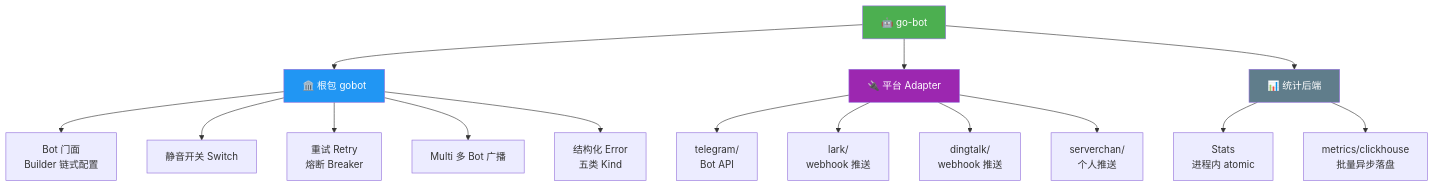
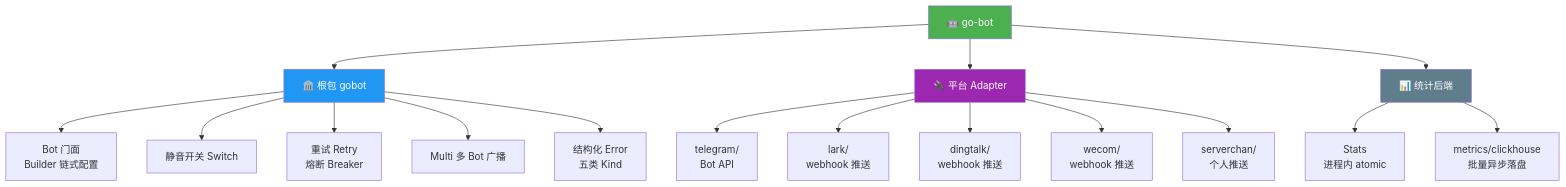
The diagram in README.md (kamalyes/go-bot), drawn with Mermaid before and after one commit. The commit also changed other lines of this file and 10 other files, not shown here.

````diff
--- a/README.md
+++ b/README.md
@@ -41,25 +41,26 @@
 ```mermaid
 graph TB
     A["🤖 go-bot"] --> B["🏛️ 根包 gobot"]
     A --> C["🔌 平台 Adapter"]
     A --> D["📊 统计后端"]
 
     B --> B1["Bot 门面<br/>Builder 链式配置"]
     B --> B2["静音开关 Switch"]
     B --> B3["重试 Retry<br/>熔断 Breaker"]
     B --> B4["Multi 多 Bot 广播"]
     B --> B5["结构化 Error<br/>五类 Kind"]
 
     C --> C1["telegram/<br/>Bot API"]
     C --> C2["lark/<br/>webhook 推送"]
     C --> C3["dingtalk/<br/>webhook 推送"]
-    C --> C4["serverchan/<br/>个人推送"]
+    C --> C4["wecom/<br/>webhook 推送"]
+    C --> C5["serverchan/<br/>个人推送"]
 
     D --> D1["Stats<br/>进程内 atomic"]
     D --> D2["metrics/clickhouse<br/>批量异步落盘"]
 
     style A fill:#4CAF50,color:#fff
     style B fill:#2196F3,color:#fff
     style C fill:#9C27B0,color:#fff
     style D fill:#607D8B,color:#fff
 ```
````
